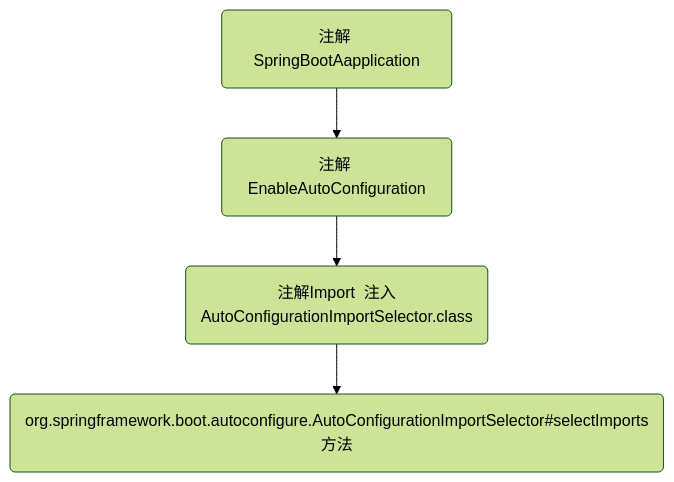
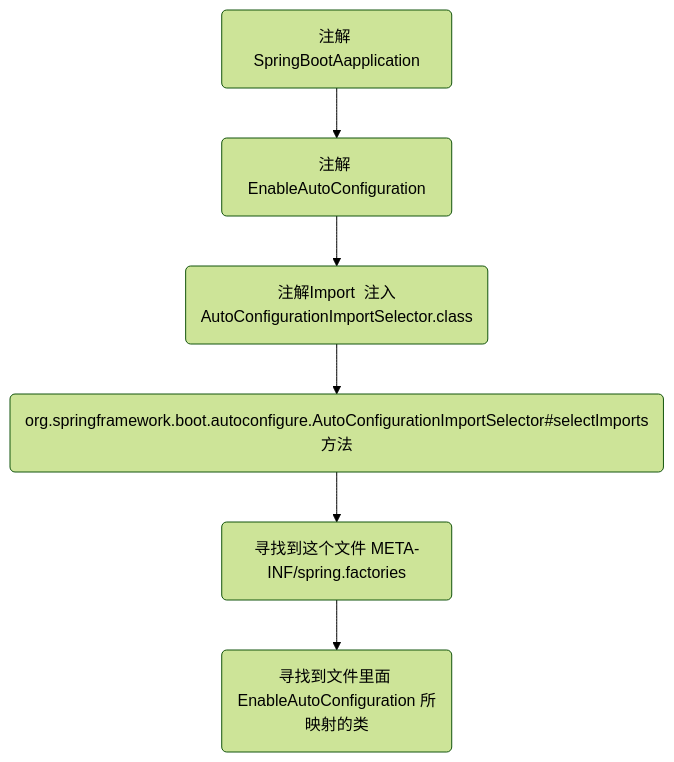
The diagram in SpringBoot/开发一个自定义的SpringBoot自动配置组件.md (huangfusuper/my-notes), drawn with Mermaid (forest theme) before and after one commit. The commit also changed other lines of this file and 3 other files, not shown here.

````diff
--- a/SpringBoot/开发一个自定义的SpringBoot自动配置组件.md
+++ b/SpringBoot/开发一个自定义的SpringBoot自动配置组件.md
@@ -7,7 +7,9 @@
 ```mermaid
 graph TD
 A(注解 SpringBootAapplication) --> B(注解 EnableAutoConfiguration)
 B -->C(注解Import  注入AutoConfigurationImportSelector.class)
 C -->D(org.springframework.boot.autoconfigure.AutoConfigurationImportSelector#selectImports方法)
+D -->E(寻找到这个文件 META-INF/spring.factories)
+E -->F(寻找到文件里面 EnableAutoConfiguration 所映射的类)
 
 ```
````
